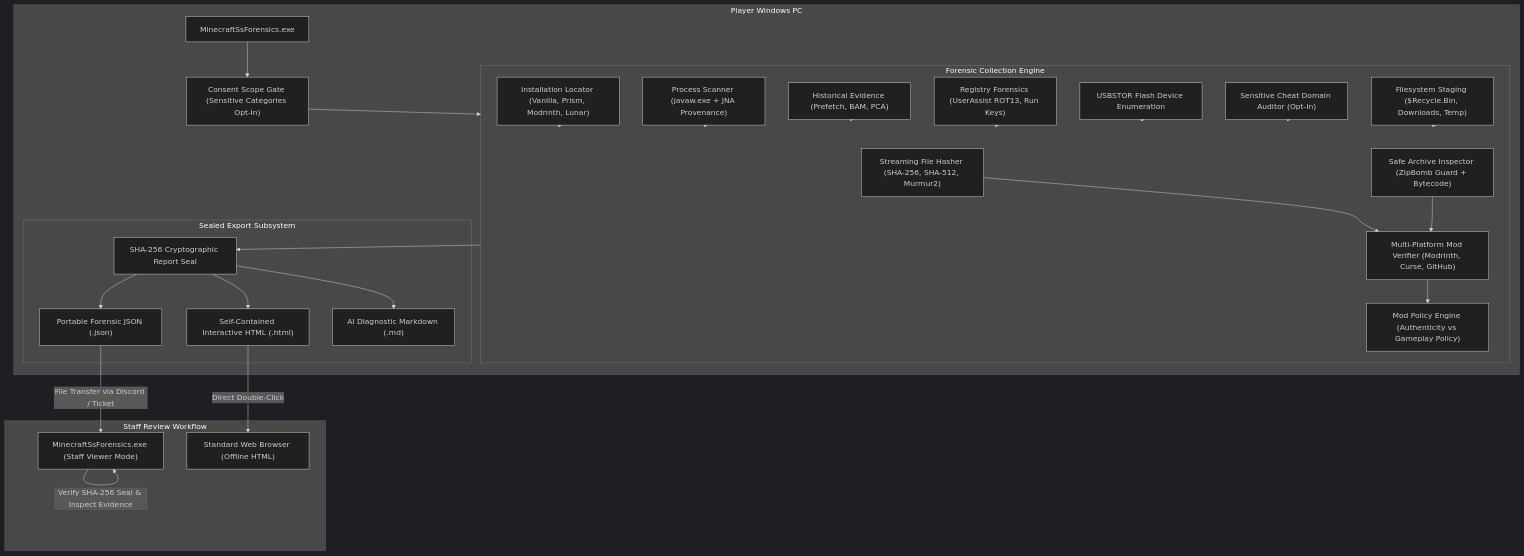
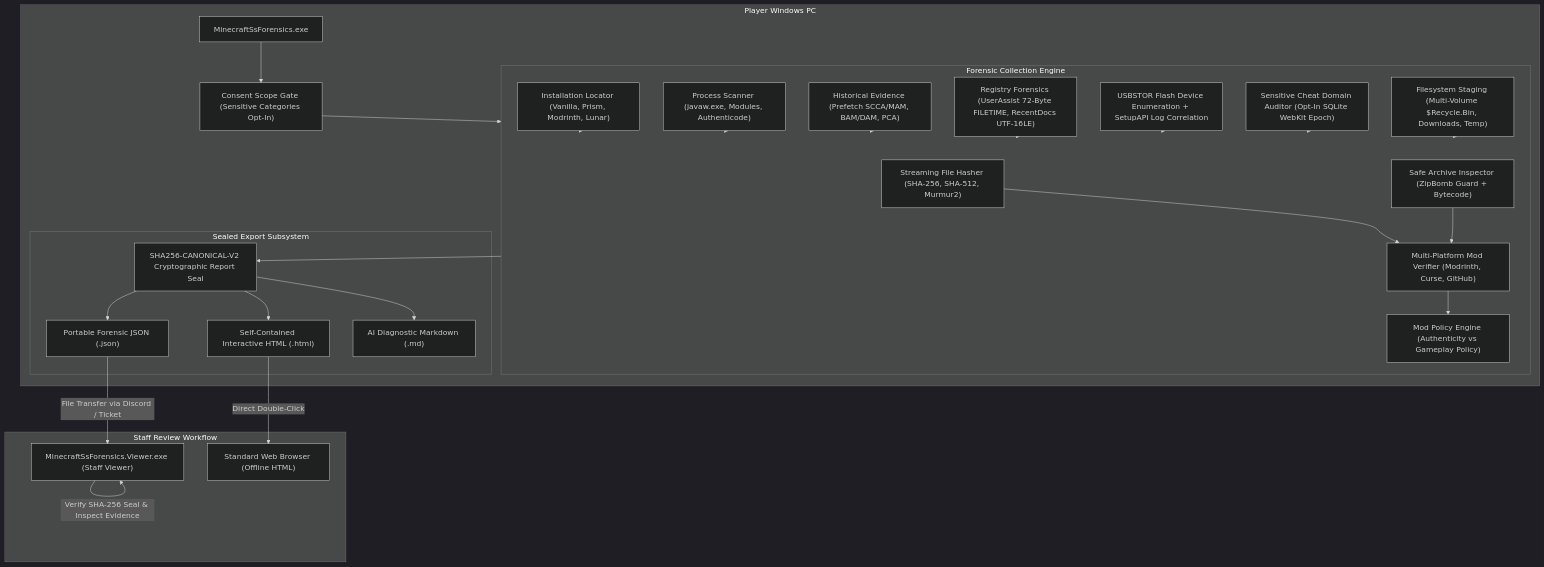
One commit to TanmayGarg2009/minecraft-ss-forensics changed the diagram in docs/architecture.md. Above: the diagram before and after it, drawn with Mermaid (dark theme). The commit also changed other lines of this file and 64 other files, not shown here.

````diff
--- a/docs/architecture.md
+++ b/docs/architecture.md
@@ -6,55 +7,55 @@
 ```mermaid
 flowchart TD
     subgraph HostSystem["Player Windows PC"]
         App["MinecraftSsForensics.exe"]
         ConsentUI["Consent Scope Gate (Sensitive Categories Opt-In)"]
 
         subgraph CoreEngine["Forensic Collection Engine"]
             Locator["Installation Locator (Vanilla, Prism, Modrinth, Lunar)"]
             Hasher["Streaming File Hasher (SHA-256, SHA-512, Murmur2)"]
             Archive["Safe Archive Inspector (ZipBomb Guard + Bytecode)"]
             Verifier["Multi-Platform Mod Verifier (Modrinth, Curse, GitHub)"]
             Policy["Mod Policy Engine (Authenticity vs Gameplay Policy)"]
-            ProcScan["Process Scanner (javaw.exe + JNA Provenance)"]
-            HistScan["Historical Evidence (Prefetch, BAM, PCA)"]
-            RegScan["Registry Forensics (UserAssist ROT13, Run Keys)"]
-            UsbScan["USBSTOR Flash Device Enumeration"]
-            BrowserScan["Sensitive Cheat Domain Auditor (Opt-In)"]
-            FileScan["Filesystem Staging ($Recycle.Bin, Downloads, Temp)"]
+            ProcScan["Process Scanner (javaw.exe, Modules, Authenticode)"]
+            HistScan["Historical Evidence (Prefetch SCCA/MAM, BAM/DAM, PCA)"]
+            RegScan["Registry Forensics (UserAssist 72-Byte FILETIME, RecentDocs UTF-16LE)"]
+            UsbScan["USBSTOR Flash Device Enumeration + SetupAPI Log Correlation"]
+            BrowserScan["Sensitive Cheat Domain Auditor (Opt-In SQLite WebKit Epoch)"]
+            FileScan["Filesystem Staging (Multi-Volume $Recycle.Bin, Downloads, Temp)"]
         end
 
         subgraph OutputLayer["Sealed Export Subsystem"]
-            Seal["SHA-256 Cryptographic Report Seal"]
+            Seal["SHA256-CANONICAL-V2 Cryptographic Report Seal"]
             JsonOut["Portable Forensic JSON (.json)"]
             HtmlOut["Self-Contained Interactive HTML (.html)"]
             MdOut["AI Diagnostic Markdown (.md)"]
         end
     end
 
     subgraph StaffReview["Staff Review Workflow"]
-        StaffApp["MinecraftSsForensics.exe (Staff Viewer Mode)"]
+        StaffApp["MinecraftSsForensics.Viewer.exe (Staff Viewer)"]
         Browser["Standard Web Browser (Offline HTML)"]
     end
 
     App --> ConsentUI
     ConsentUI --> CoreEngine
     Locator --> CoreEngine
     Hasher --> Verifier
     Archive --> Verifier
     Verifier --> Policy
     ProcScan --> CoreEngine
     HistScan --> CoreEngine
     RegScan --> CoreEngine
     UsbScan --> CoreEngine
     BrowserScan --> CoreEngine
     FileScan --> CoreEngine
 
     CoreEngine --> Seal
     Seal --> JsonOut
     Seal --> HtmlOut
     Seal --> MdOut
 
     JsonOut -->|File Transfer via Discord / Ticket| StaffApp
     HtmlOut -->|Direct Double-Click| Browser
     StaffApp -->|Verify SHA-256 Seal & Inspect Evidence| StaffApp
 ```
````
